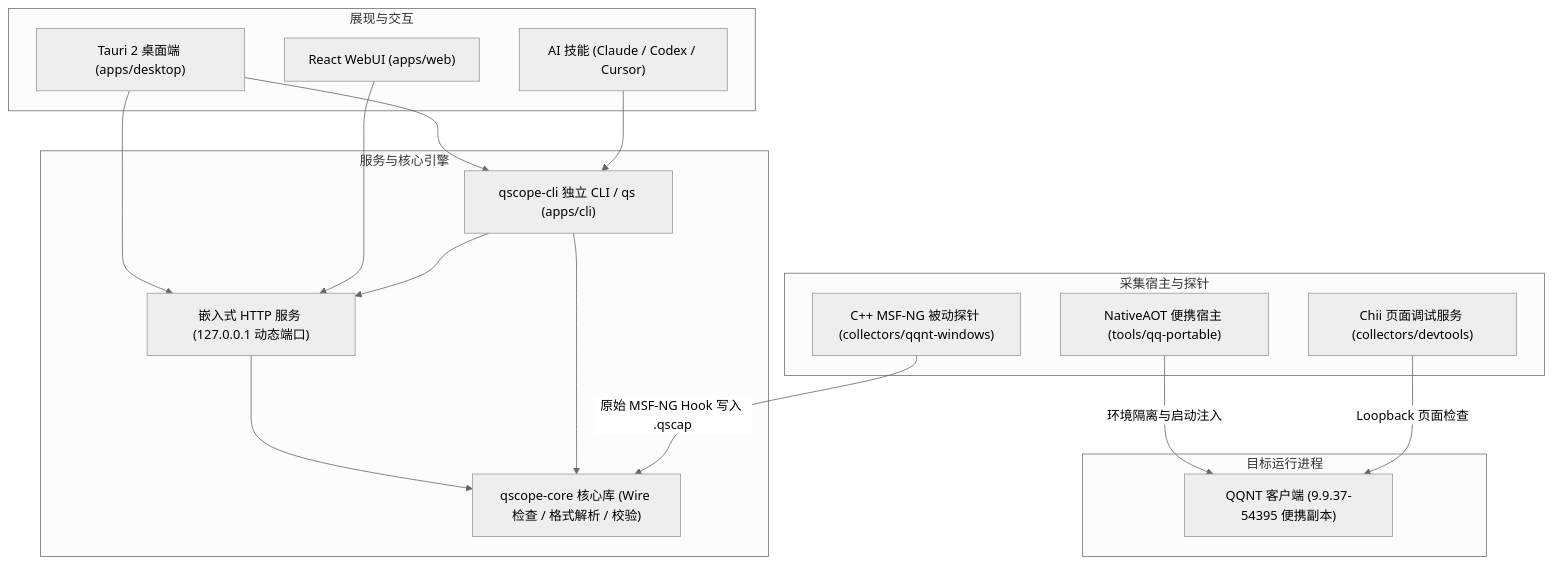
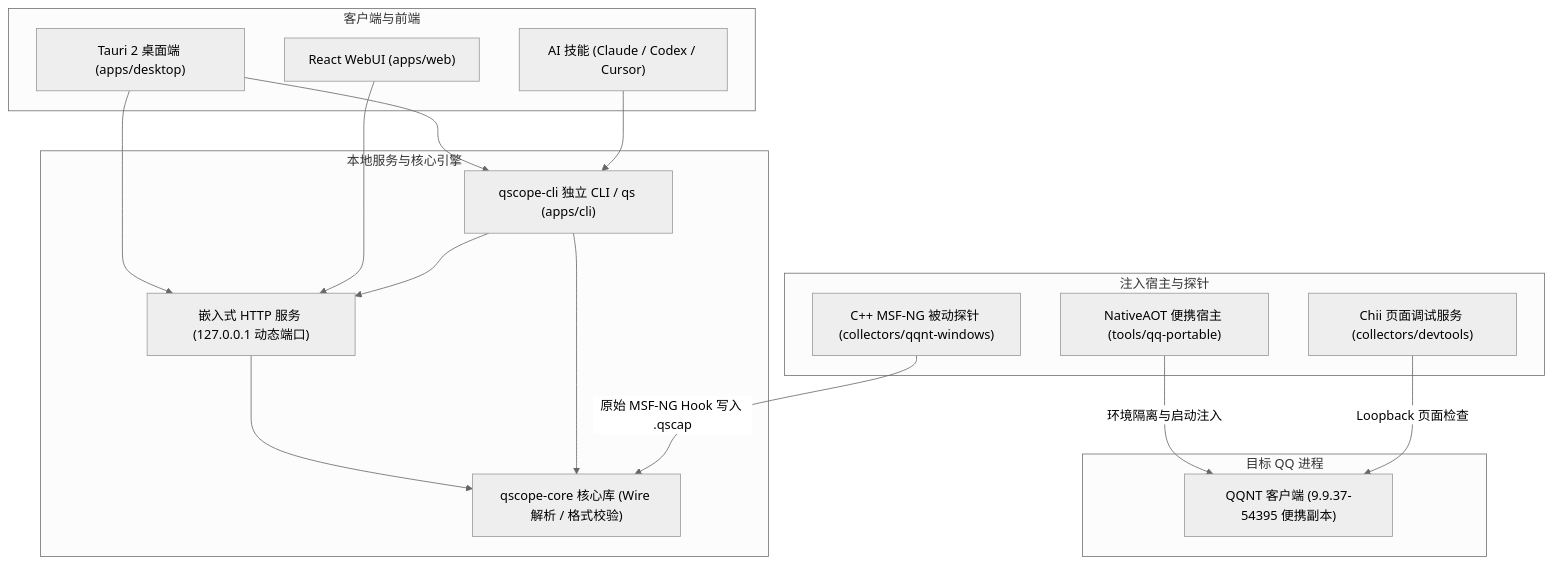
Before and after one commit to sj817/QScope: the diagram in README.md, drawn with Mermaid (neutral theme). The commit also changed other lines of this file and 2 other files, not shown here.

````diff
--- a/README.md
+++ b/README.md
@@ -168,36 +165,36 @@
 ```mermaid
 flowchart TD
-    subgraph UI ["展现与交互"]
+    subgraph UI ["客户端与前端"]
         Desktop["Tauri 2 桌面端 (apps/desktop)"]
         WebUI["React WebUI (apps/web)"]
         Agent["AI 技能 (Claude / Codex / Cursor)"]
     end
 
-    subgraph Core ["服务与核心引擎"]
+    subgraph Core ["本地服务与核心引擎"]
         CLI["qscope-cli 独立 CLI / qs (apps/cli)"]
         Server["嵌入式 HTTP 服务 (127.0.0.1 动态端口)"]
-        Engine["qscope-core 核心库 (Wire 检查 / 格式解析 / 校验)"]
+        Engine["qscope-core 核心库 (Wire 解析 / 格式校验)"]
     end
 
-    subgraph Host ["采集宿主与探针"]
+    subgraph Host ["注入宿主与探针"]
         NativeHost["NativeAOT 便携宿主 (tools/qq-portable)"]
         CppProbe["C++ MSF-NG 被动探针 (collectors/qqnt-windows)"]
         DevToolsBridge["Chii 页面调试服务 (collectors/devtools)"]
     end
 
-    subgraph Target ["目标运行进程"]
+    subgraph Target ["目标 QQ 进程"]
         QQApp["QQNT 客户端 (9.9.37-54395 便携副本)"]
     end
 
     Desktop --> CLI
     Desktop --> Server
     WebUI --> Server
     Agent --> CLI
     CLI --> Server
     Server --> Engine
     CLI --> Engine
 
     NativeHost -->|环境隔离与启动注入| QQApp
     CppProbe -->|原始 MSF-NG Hook 写入 .qscap| Engine
     DevToolsBridge -->|Loopback 页面检查| QQApp
 ```
````
